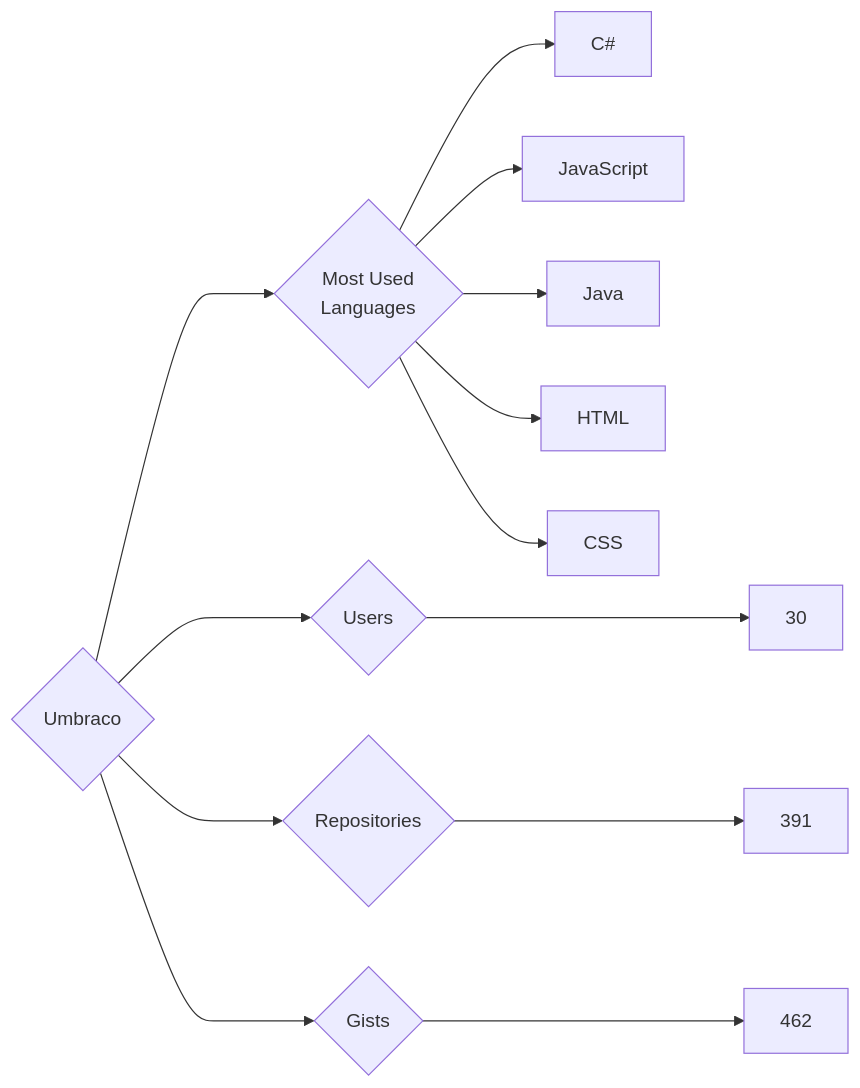
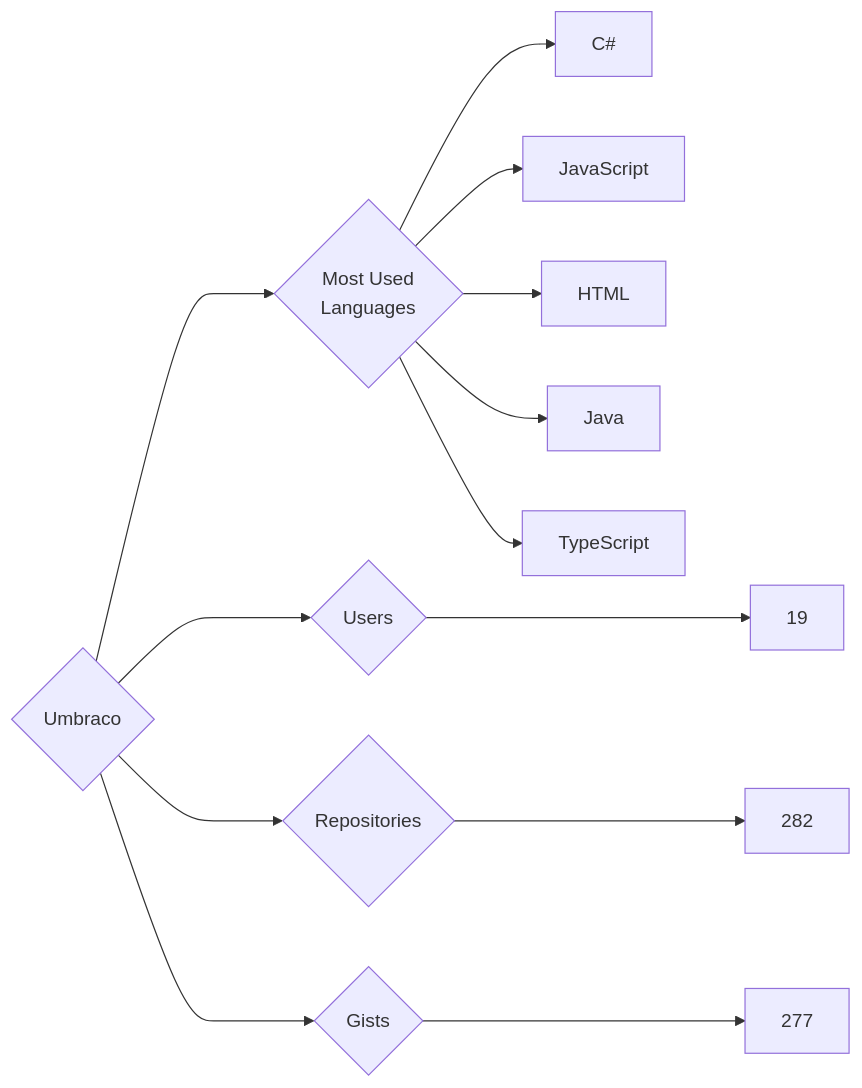
Before and after one commit to trickest/insiders: the diagram in targets/Umbraco/README.md, drawn with Mermaid. The commit also changed 886 other files, not shown here.

````diff
--- a/targets/Umbraco/README.md
+++ b/targets/Umbraco/README.md
@@ -3,13 +3,13 @@
 ```mermaid
 graph LR
 COMPANY_NAME{Umbraco}
-COMPANY_NAME ---> U{Users} ---> UN[30]
-COMPANY_NAME ---> R{Repositories} ---> RN[391]
-COMPANY_NAME ---> G{Gists} ---> GN[462]
+COMPANY_NAME ---> U{Users} ---> UN[19]
+COMPANY_NAME ---> R{Repositories} ---> RN[282]
+COMPANY_NAME ---> G{Gists} ---> GN[277]
 COMPANY_NAME ---> ML{Most Used<br>Languages}
 ML --> C#[C#]
 ML --> JavaScript[JavaScript]
+ML --> HTML[HTML]
 ML --> Java[Java]
-ML --> HTML[HTML]
-ML --> CSS[CSS]
+ML --> TypeScript[TypeScript]
 ```
````
